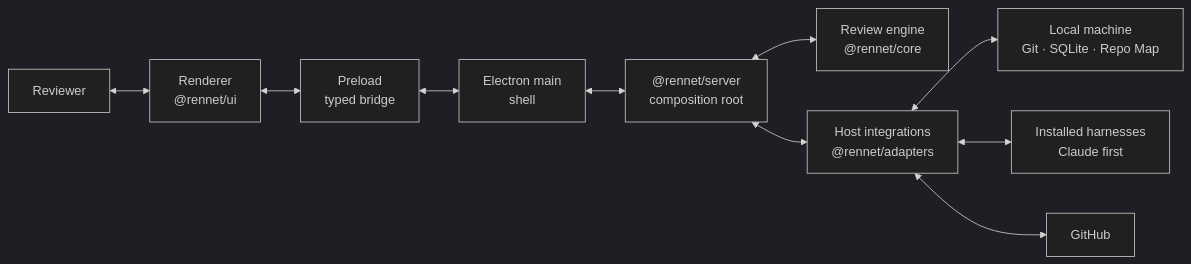
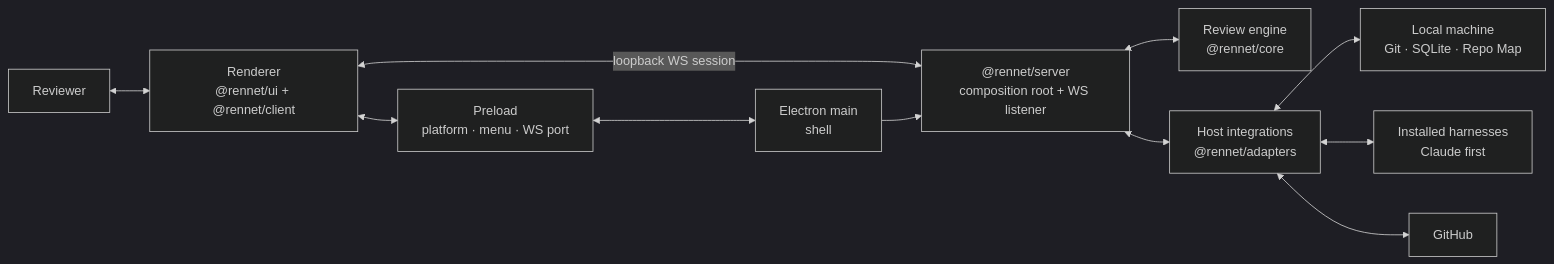
The first of 5 diagrams in docs/src/content/docs/developing/concepts/architecture-overview.md (rbutera/Rennet), drawn with Mermaid (dark theme) before and after one commit. The commit also changed other lines of this file and 24 other files, not shown here.

````diff
--- a/docs/src/content/docs/developing/concepts/architecture-overview.md
+++ b/docs/src/content/docs/developing/concepts/architecture-overview.md
@@ -21,22 +23,24 @@
 ```mermaid
 flowchart LR
   user[Reviewer]
-  ui["Renderer<br/>@rennet/ui"]
-  preload["Preload<br/>typed bridge"]
+  ui["Renderer<br/>@rennet/ui + @rennet/client"]
+  preload["Preload<br/>platform · menu · WS port"]
   main["Electron main<br/>shell"]
-  server["@rennet/server<br/>composition root"]
+  server["@rennet/server<br/>composition root + WS listener"]
   core["Review engine<br/>@rennet/core"]
   adapters["Host integrations<br/>@rennet/adapters"]
   local["Local machine<br/>Git · SQLite · Repo Map"]
   harness["Installed harnesses<br/>Claude first"]
   github[GitHub]
 
   user <--> ui
-  ui <--> preload <--> main
-  main <--> server
+  ui <-->|"loopback WS session"| server
+  ui <--> preload
+  preload <--> main
+  main --> server
   server <--> core
   server <--> adapters
   adapters <--> local
   adapters <--> harness
   adapters <--> github
 ```
````
